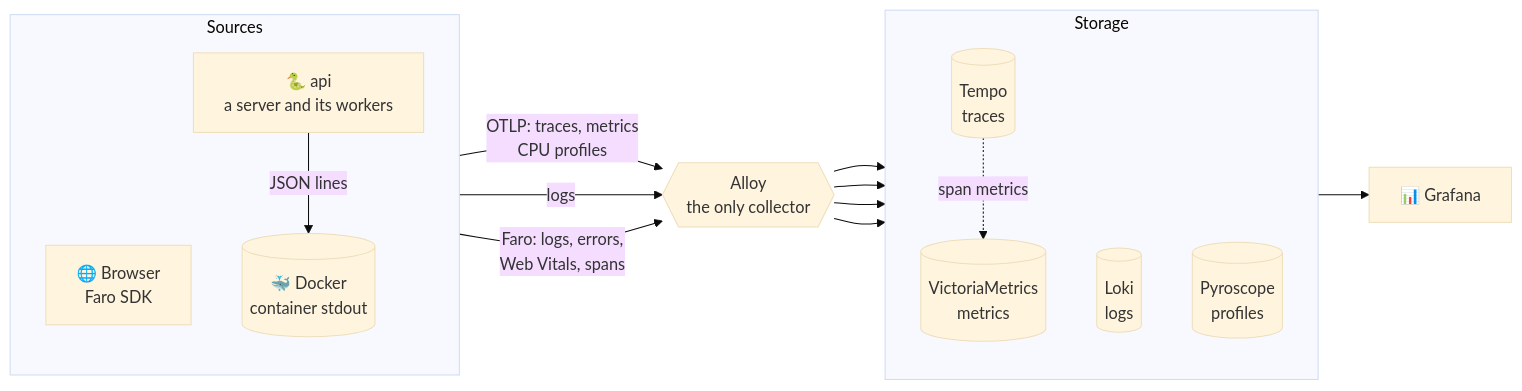
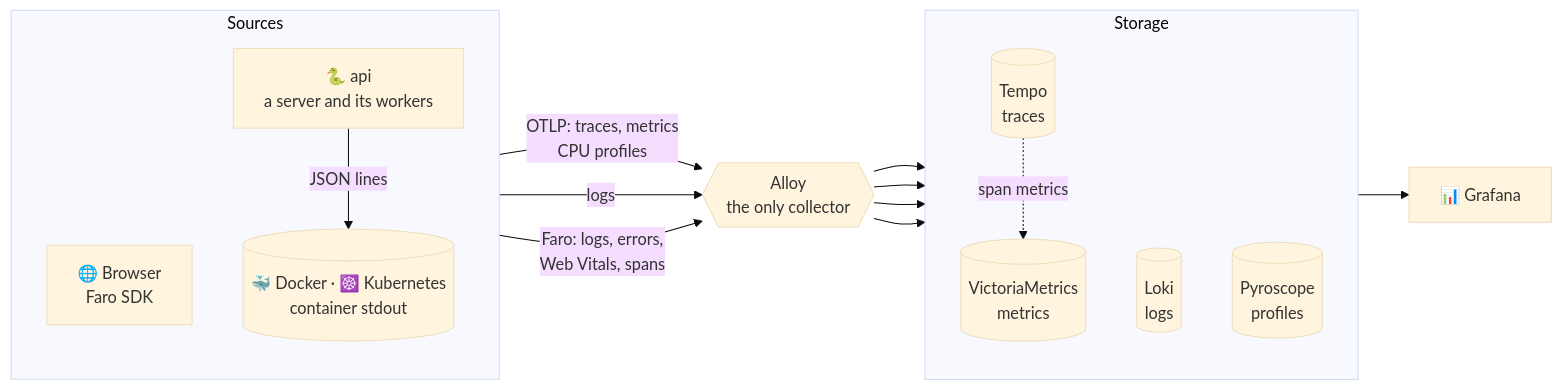
Before and after one commit to eugeneliukindev/fastapi-observatory: the first of 5 diagrams in README.md, drawn with Mermaid (base theme). The commit also changed other lines of this file and 21 other files, not shown here.

````diff
--- a/README.md
+++ b/README.md
@@ -50,29 +54,29 @@
 ```mermaid
 flowchart LR
     subgraph sources["Sources"]
         direction TB
         browser["🌐 Browser<br/>Faro SDK"]
         api["🐍 api<br/>a server and its workers"]
-        docker[("🐳 Docker<br/>container stdout")]
+        docker[("🐳 Docker · ☸️ Kubernetes<br/>container stdout")]
     end
 
     alloy{{"Alloy<br/>the only collector"}}
 
     subgraph storage["Storage"]
         direction TB
         vm[("VictoriaMetrics<br/>metrics")]
         loki[("Loki<br/>logs")]
         tempo[("Tempo<br/>traces")]
         pyroscope[("Pyroscope<br/>profiles")]
     end
 
     grafana["📊 Grafana"]
 
     api -- "OTLP: traces, metrics<br/>CPU profiles" --> alloy
     api -- "JSON lines" --> docker
     docker -- "logs" --> alloy
     browser -- "Faro: logs, errors,<br/>Web Vitals, spans" --> alloy
     alloy --> vm & loki & tempo & pyroscope
     tempo -. "span metrics" .-> vm
     storage --> grafana
 ```
````
